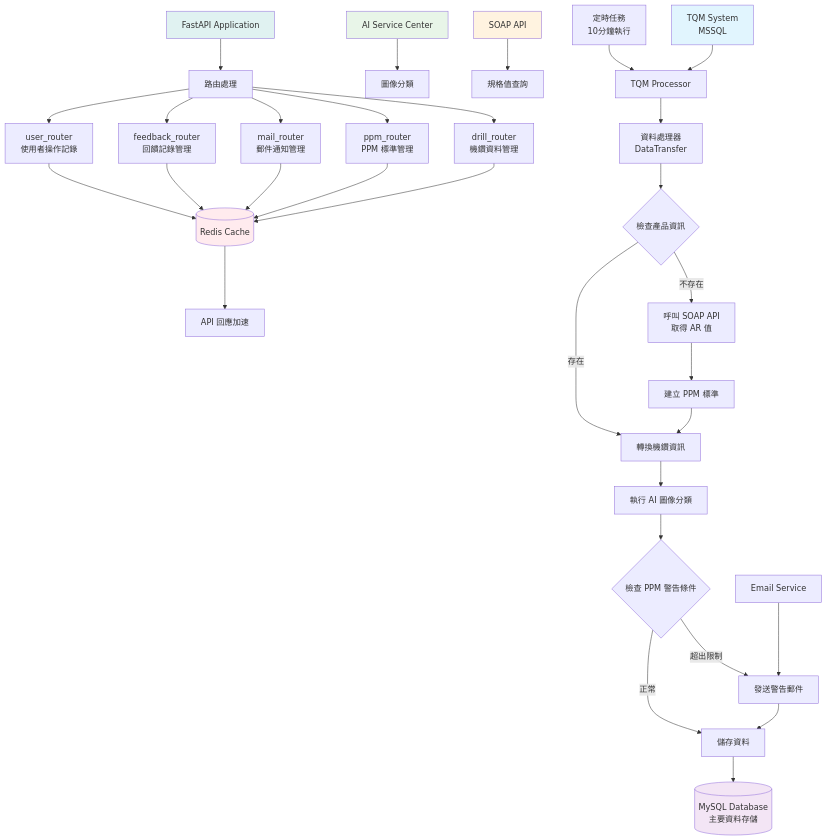
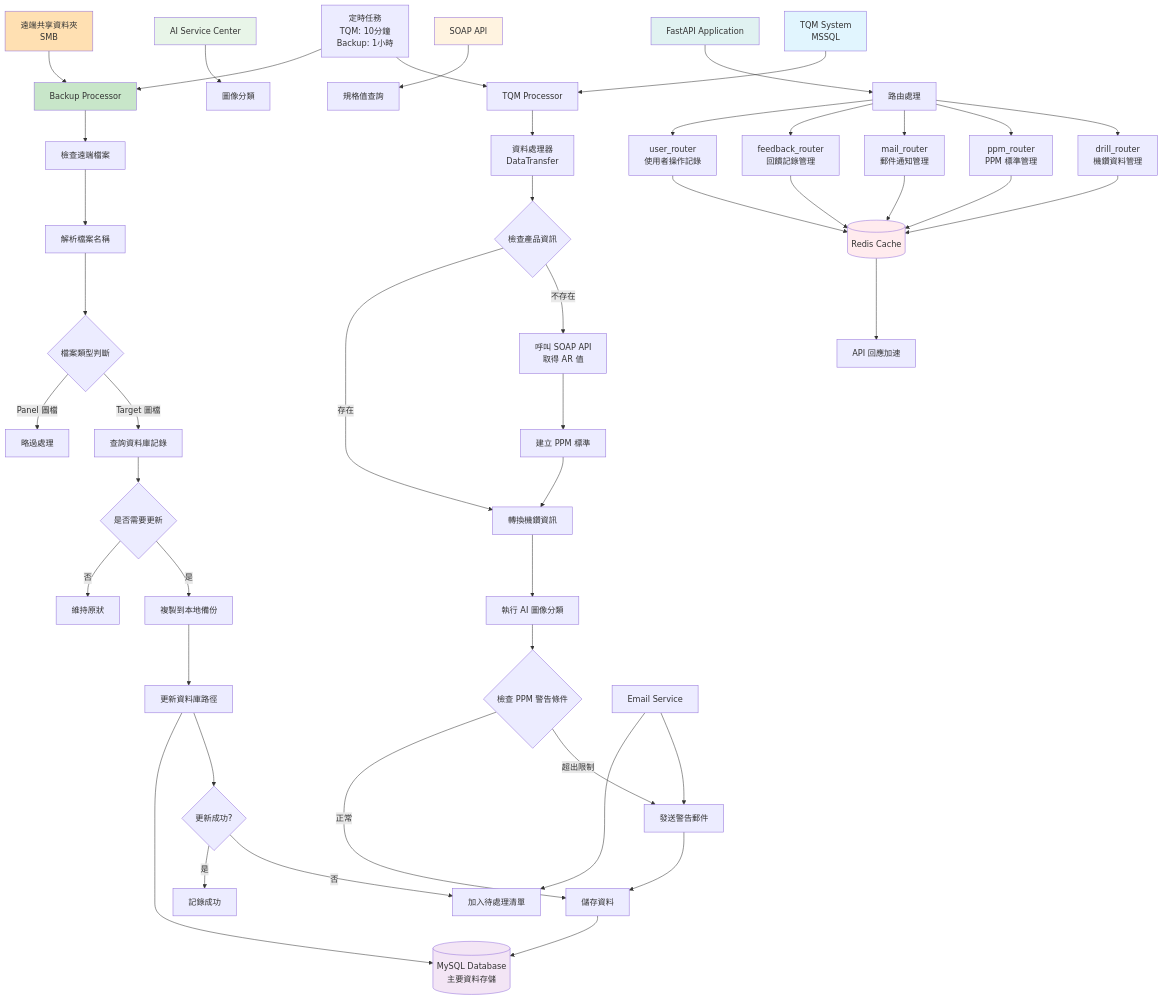
The first of 7 diagrams in mermaid.md (fiveflower0130/automatic-ppm-criterion-highlight-system), drawn with Mermaid before and after one commit. The commit also changed other lines of this file, not shown here.

First line of the commit message:
feat(backup): 新增備份處理流程與錯誤通知機制

````diff
--- a/mermaid.md
+++ b/mermaid.md
@@ -5,53 +5,73 @@
 ```mermaid
 graph TB
     %% 外部系統
     A[TQM System<br/>MSSQL] --> B[TQM Processor]
     C[AI Service Center] --> D[圖像分類]
     E[SOAP API] --> F[規格值查詢]
+    G[遠端共享資料夾<br/>SMB] --> H[Backup Processor]
     
     %% 主要處理流程
-    B --> G[資料處理器<br/>DataTransfer]
-    G --> H{檢查產品資訊}
-    H -->|不存在| I[呼叫 SOAP API<br/>取得 AR 值]
-    I --> J[建立 PPM 標準]
-    H -->|存在| K[轉換機鑽資訊]
-    J --> K
+    B --> I[資料處理器<br/>DataTransfer]
+    I --> J{檢查產品資訊}
+    J -->|不存在| K[呼叫 SOAP API<br/>取得 AR 值]
+    K --> L[建立 PPM 標準]
+    J -->|存在| M[轉換機鑽資訊]
+    L --> M
     
-    K --> L[執行 AI 圖像分類]
-    L --> M{檢查 PPM 警告條件}
-    M -->|超出限制| N[發送警告郵件]
-    M -->|正常| O[儲存資料]
-    N --> O
+    M --> N[執行 AI 圖像分類]
+    N --> O{檢查 PPM 警告條件}
+    O -->|超出限制| P[發送警告郵件]
+    O -->|正常| Q[儲存資料]
+    P --> Q
+    
+    %% 備份處理流程
+    H --> R[檢查遠端檔案]
+    R --> S[解析檔案名稱]
+    S --> T{檔案類型判斷}
+    T -->|Target 圖檔| U[查詢資料庫記錄]
+    T -->|Panel 圖檔| V[略過處理]
+    U --> W{是否需要更新}
+    W -->|是| X[複製到本地備份]
+    W -->|否| Y[維持原狀]
+    X --> Z[更新資料庫路徑]
+    Z --> AA{更新成功?}
+    AA -->|否| AB[加入待處理清單]
+    AA -->|是| AC[記錄成功]
     
     %% 資料庫層
-    O --> P[(MySQL Database<br/>主要資料存儲)]
+    Q --> AD[(MySQL Database<br/>主要資料存儲)]
+    Z --> AD
     
     %% API 層
-    Q[FastAPI Application] --> R[路由處理]
-    R --> S[drill_router<br/>機鑽資料管理]
-    R --> T[ppm_router<br/>PPM 標準管理]
-    R --> U[mail_router<br/>郵件通知管理]
-    R --> V[feedback_router<br/>回饋記錄管理]
-    R --> W[user_router<br/>使用者操作記錄]
+    AE[FastAPI Application] --> AF[路由處理]
+    AF --> AG[drill_router<br/>機鑽資料管理]
+    AF --> AH[ppm_router<br/>PPM 標準管理]
+    AF --> AI[mail_router<br/>郵件通知管理]
+    AF --> AJ[feedback_router<br/>回饋記錄管理]
+    AF --> AK[user_router<br/>使用者操作記錄]
     
     %% 快取系統
-    X[(Redis Cache)] --> Y[API 回應加速]
-    S --> X
-    T --> X
-    U --> X
-    V --> X
-    W --> X
+    AL[(Redis Cache)] --> AM[API 回應加速]
+    AG --> AL
+    AH --> AL
+    AI --> AL
+    AJ --> AL
+    AK --> AL
     
     %% 定時任務
-    Z[定時任務<br/>10分鐘執行] --> B
+    AN[定時任務<br/>TQM: 10分鐘<br/>Backup: 1小時] --> B
+    AN --> H
     
     %% 外部服務
-    AA[Email Service] --> N
+    AO[Email Service] --> P
+    AO --> AB
     
     style A fill:#e1f5fe
     style C fill:#e8f5e8
     style E fill:#fff3e0
-    style P fill:#f3e5f5
-    style X fill:#ffebee
-    style Q fill:#e0f2f1
+    style G fill:#ffe0b2
+    style AD fill:#f3e5f5
+    style AL fill:#ffebee
+    style AE fill:#e0f2f1
+    style H fill:#c8e6c9
 ```
````
